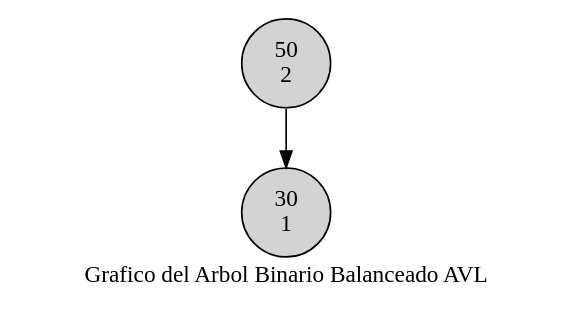
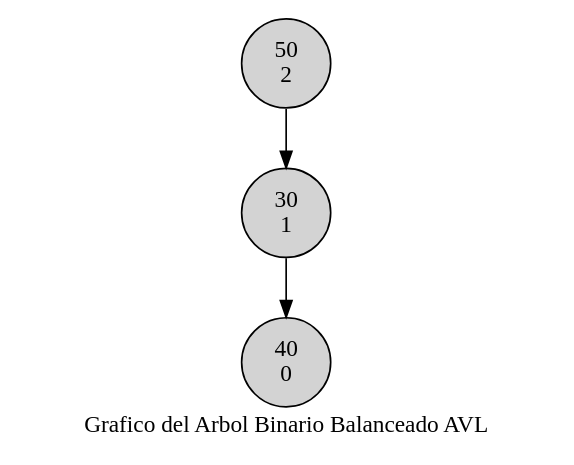
One commit to av-edson/EDD-Estructuras changed the diagram in estructuras/Resultado/GraficaArbol.dot. Above: the diagram before and after it, drawn with Graphviz. The commit also changed 5 other files, not shown here.

```diff
--- a/estructuras/Resultado/GraficaArbol.dot
+++ b/estructuras/Resultado/GraficaArbol.dot
@@ -1,8 +1,12 @@
 digraph D{
 node [shape=circle style=filled ] 
 label= " Grafico del Arbol Binario Balanceado AVL " 
 "50
 2" -> "30
 1" 
-
+"30
+1" -> "40
+0" 
+"50
+2"
 }
```
